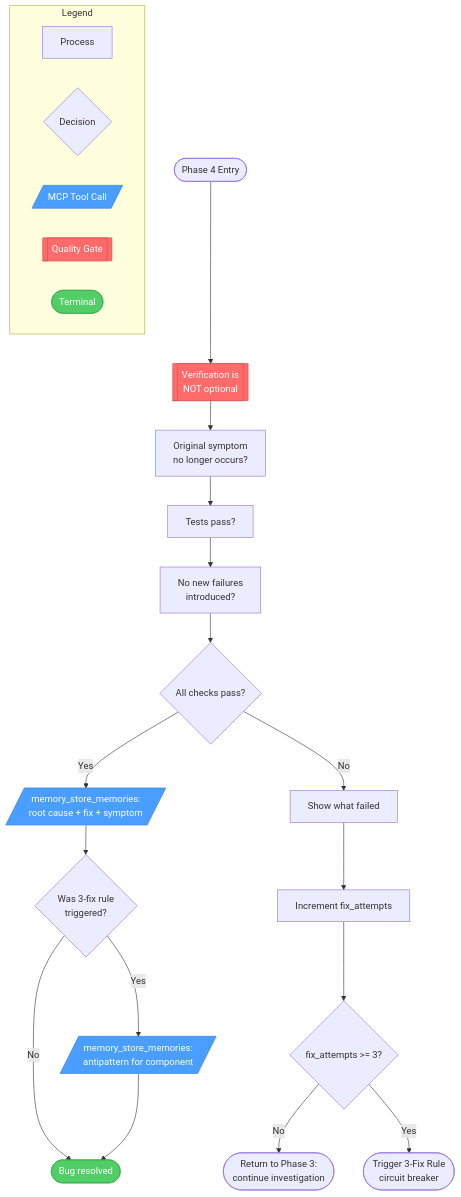
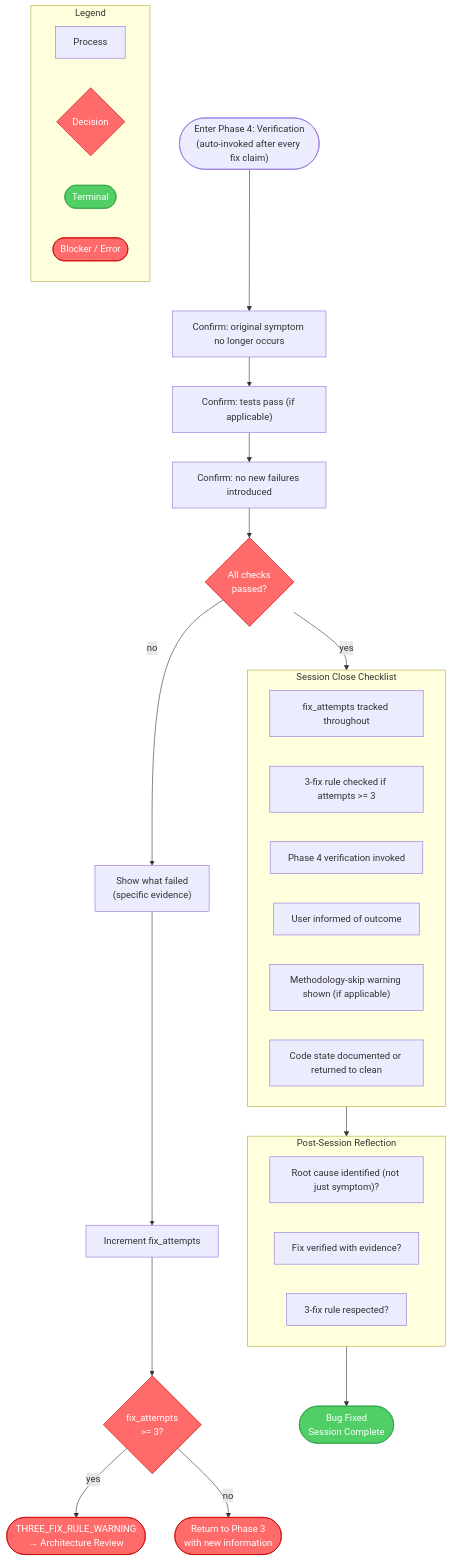
One commit to axiomantic/spellbook changed the fifth of 5 diagrams in docs/diagrams/skills/debugging.md. Above: the diagram before and after it, drawn with Mermaid. The commit also changed other lines of this file and 336 other files, not shown here.

First line of the commit message:
Remove the memory system and dead session-soul/recovery-injection chain

````diff
--- a/docs/diagrams/skills/debugging.md
+++ b/docs/diagrams/skills/debugging.md
@@ -236,34 +295,60 @@
 ```mermaid
 flowchart TD
-    subgraph Legend
-        L1[Process]
-        L2{Decision}
-        L3[/"MCP Tool Call"/]:::subagent
-        L4[[Quality Gate]]:::gate
-        L5([Terminal]):::success
+    START(["Enter Phase 4: Verification\n(auto-invoked after every fix claim)"])
+
+    V1["Confirm: original symptom no longer occurs"]
+    V2["Confirm: tests pass (if applicable)"]
+    V3["Confirm: no new failures introduced"]
+
+    VRESULT{"All checks\npassed?"}
+
+    SHOW_FAIL["Show what failed\n(specific evidence)"]
+    INCR["Increment fix_attempts"]
+    THREE{"fix_attempts\n>= 3?"}
+    ARCH(["THREE_FIX_RULE_WARNING\n→ Architecture Review"])
+    RETRY(["Return to Phase 3\nwith new information"])
+
+    subgraph SESSION_CLOSE["Session Close Checklist"]
+        SC1["fix_attempts tracked throughout"]
+        SC2["3-fix rule checked if attempts >= 3"]
+        SC3["Phase 4 verification invoked"]
+        SC4["User informed of outcome"]
+        SC5["Methodology-skip warning shown (if applicable)"]
+        SC6["Code state documented or returned to clean"]
     end
 
-    Start([Phase 4 Entry]) --> VerifyGate[[Verification is<br>NOT optional]]:::gate
+    subgraph REFLECTION["Post-Session Reflection"]
+        RF1["Root cause identified (not just symptom)?"]
+        RF2["Fix verified with evidence?"]
+        RF3["3-fix rule respected?"]
+    end
 
-    VerifyGate --> CheckSymptom[Original symptom<br>no longer occurs?]
-    CheckSymptom --> CheckTests[Tests pass?]
-    CheckTests --> CheckRegression[No new failures<br>introduced?]
+    SUCCESS(["Bug Fixed\nSession Complete"])
 
-    CheckRegression --> VerifyResult{All checks pass?}
+    START --> V1 --> V2 --> V3 --> VRESULT
 
-    VerifyResult -->|Yes| StoreRoot[/"memory_store_memories:<br>root cause + fix + symptom"/]:::subagent
-    StoreRoot --> WasRecurring{Was 3-fix rule<br>triggered?}
-    WasRecurring -->|Yes| StoreAntipattern[/"memory_store_memories:<br>antipattern for component"/]:::subagent
-    WasRecurring -->|No| Done
-    StoreAntipattern --> Done([Bug resolved]):::success
+    VRESULT -->|"yes"| SESSION_CLOSE
+    VRESULT -->|"no"| SHOW_FAIL
+    SHOW_FAIL --> INCR
+    INCR --> THREE
+    THREE -->|"yes"| ARCH
+    THREE -->|"no"| RETRY
 
-    VerifyResult -->|No| ShowFailure[Show what failed]
-    ShowFailure --> IncAttempts[Increment fix_attempts]
-    IncAttempts --> ThreeCheck{fix_attempts >= 3?}
-    ThreeCheck -->|No| ReturnDebug([Return to Phase 3:<br>continue investigation])
-    ThreeCheck -->|Yes| ThreeFix([Trigger 3-Fix Rule<br>circuit breaker])
+    SESSION_CLOSE --> REFLECTION
+    REFLECTION --> SUCCESS
 
-    classDef subagent fill:#4a9eff,stroke:#2d7cd6,color:#fff
-    classDef gate fill:#ff6b6b,stroke:#d94f4f,color:#fff
-    classDef success fill:#51cf66,stroke:#3da84e,color:#fff
+    subgraph LEGEND["Legend"]
+        L1["Process"]
+        L2{"Decision"}:::gate
+        L4(["Terminal"]):::success
+        L5(["Blocker / Error"]):::fail
+    end
+
+    classDef gate fill:#ff6b6b,color:#fff,stroke:#cc0000
+    classDef success fill:#51cf66,color:#fff,stroke:#2f9e44
+    classDef fail fill:#ff6b6b,color:#fff,stroke:#cc0000
+
+    class VRESULT,THREE gate
+    class SUCCESS success
+    class ARCH,RETRY fail
 ```
````
